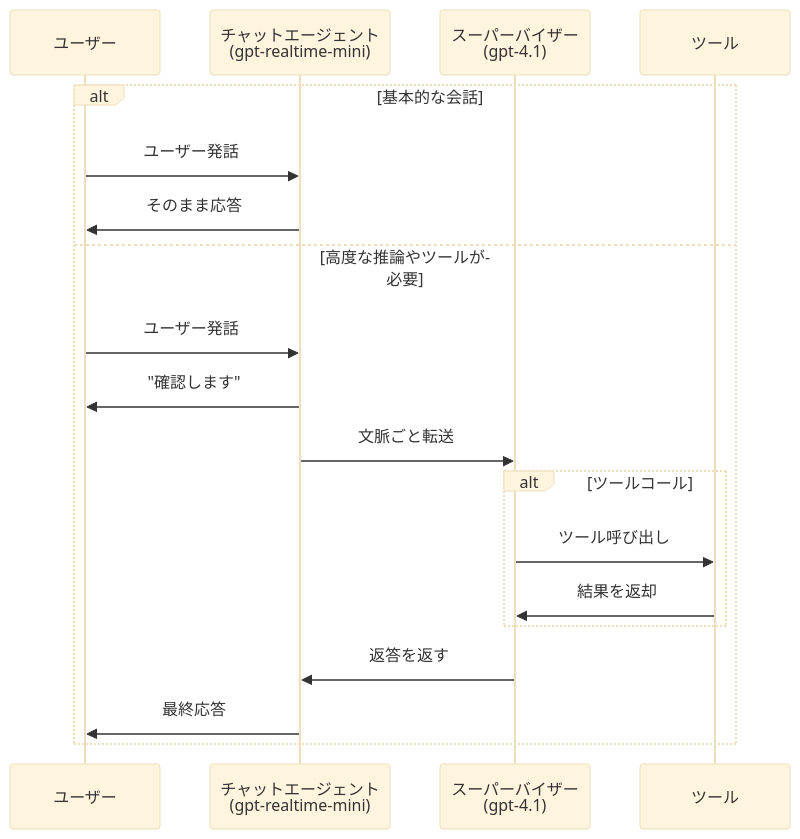
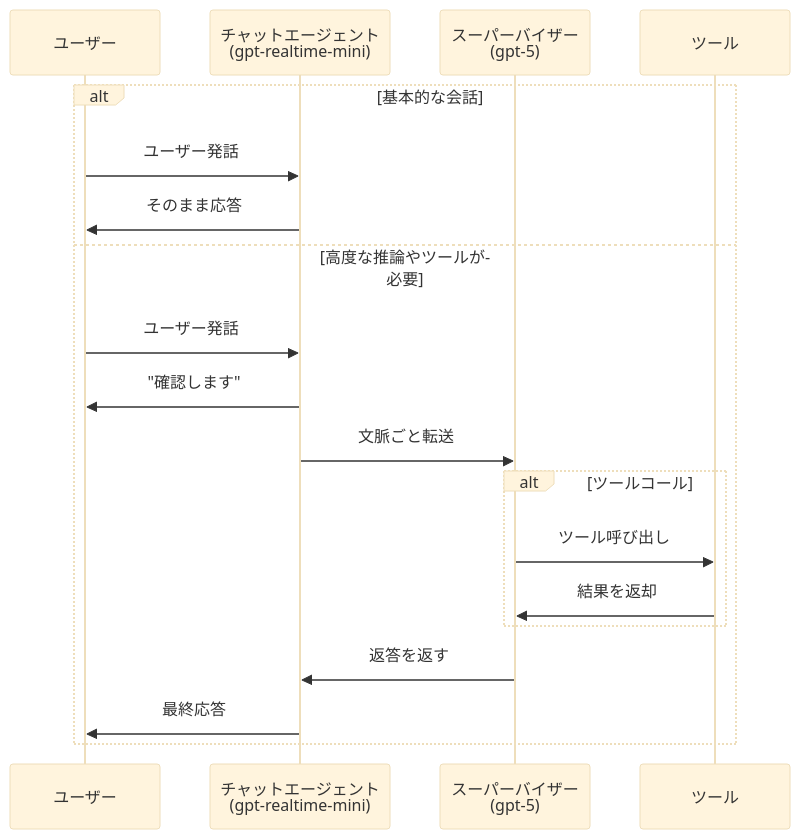
Before and after one commit to MizukiMachine/MCPCoordinator: the first of 2 diagrams in README.md, drawn with Mermaid (base theme). The commit also changed other lines of this file and 6 other files, not shown here.

````diff
--- a/README.md
+++ b/README.md
@@ -58,22 +35,22 @@
 ```mermaid
 sequenceDiagram
     participant User as ユーザー
     participant ChatAgent as チャットエージェント<br/>(gpt-realtime-mini)
-    participant Supervisor as スーパーバイザー<br/>(gpt-4.1)
+    participant Supervisor as スーパーバイザー<br/>(gpt-5)
     participant Tool as ツール
 
     alt 基本的な会話
         User->>ChatAgent: ユーザー発話
         ChatAgent->>User: そのまま応答
     else 高度な推論やツールが必要
         User->>ChatAgent: ユーザー発話
         ChatAgent->>User: "確認します"
         ChatAgent->>Supervisor: 文脈ごと転送
         alt ツールコール
             Supervisor->>Tool: ツール呼び出し
             Tool->>Supervisor: 結果を返却
         end
         Supervisor->>ChatAgent: 返答を返す
         ChatAgent->>User: 最終応答
     end
 ```
````
